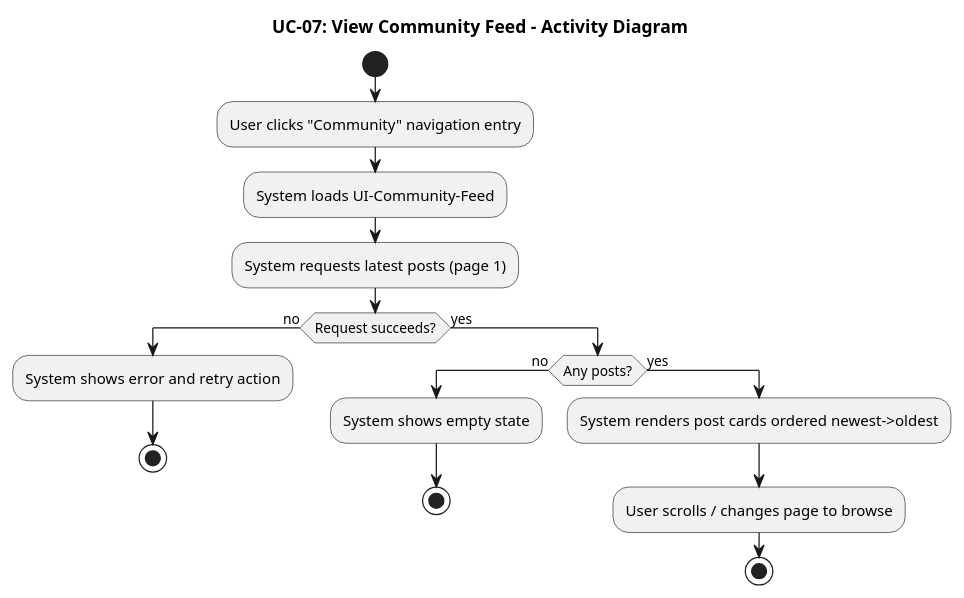
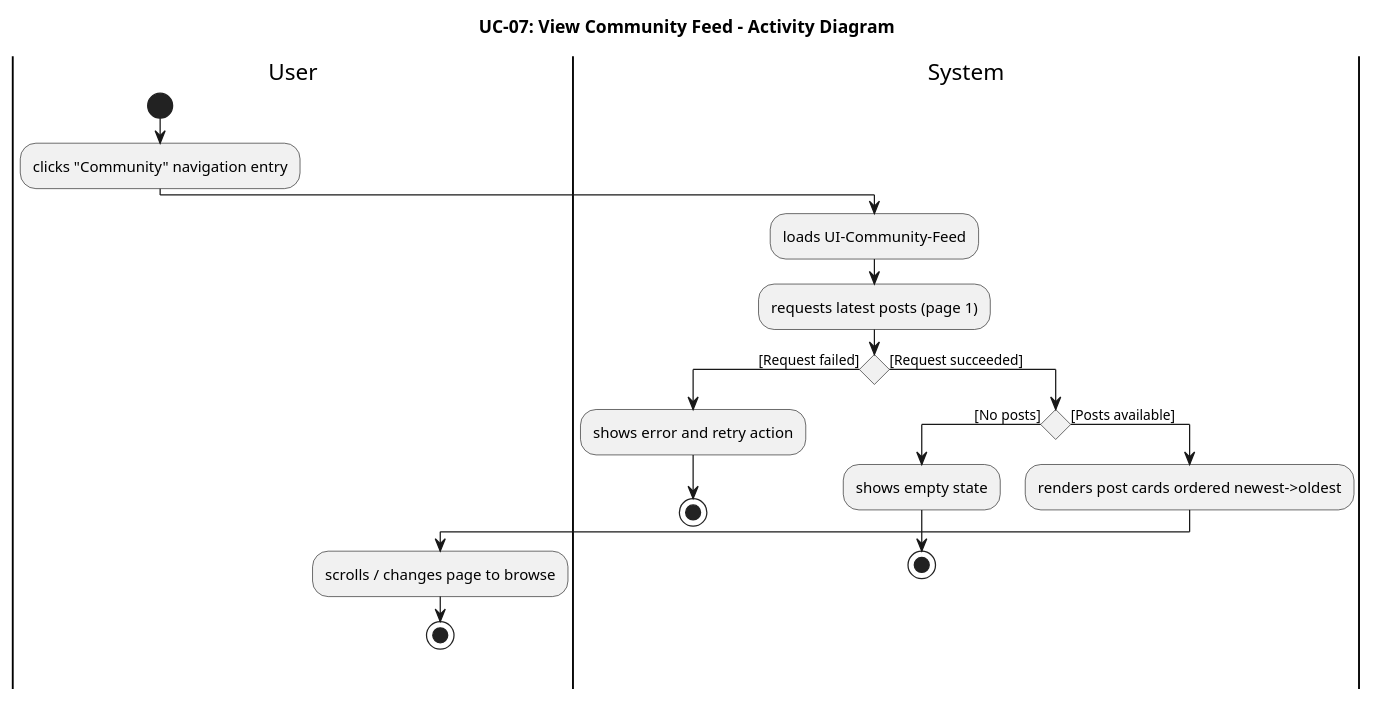
One commit to pzyllll/BridgeU changed the ninth of 27 diagrams in springboot-backend/BridgeU-SRS.md. Above: the diagram before and after it, drawn with PlantUML. The commit also changed other lines of this file and 5 other files, not shown here.

````diff
--- a/springboot-backend/BridgeU-SRS.md
+++ b/springboot-backend/BridgeU-SRS.md
@@ -1420,23 +1517,28 @@
 ```plantuml
 @startuml UC07_Activity_Diagram
 title UC-07: View Community Feed - Activity Diagram
 
+|User|
 start
-:User clicks "Community" navigation entry;
-:System loads UI-Community-Feed;
-:System requests latest posts (page 1);
-if (Request succeeds?) then (no)
-  :System shows error and retry action;
+:clicks "Community" navigation entry;
+
+|System|
+:loads UI-Community-Feed;
+:requests latest posts (page 1);
+
+if () then ([Request failed])
+  :shows error and retry action;
   stop
-else (yes)
-  if (Any posts?) then (no)
-    :System shows empty state;
+else ([Request succeeded])
+  if () then ([No posts])
+    :shows empty state;
     stop
-  else (yes)
-    :System renders post cards ordered newest->oldest;
-    :User scrolls / changes page to browse;
+  else ([Posts available])
+    :renders post cards ordered newest->oldest;
+    |User|
+    :scrolls / changes page to browse;
     stop
   endif
 endif
 @enduml
 ```
````
